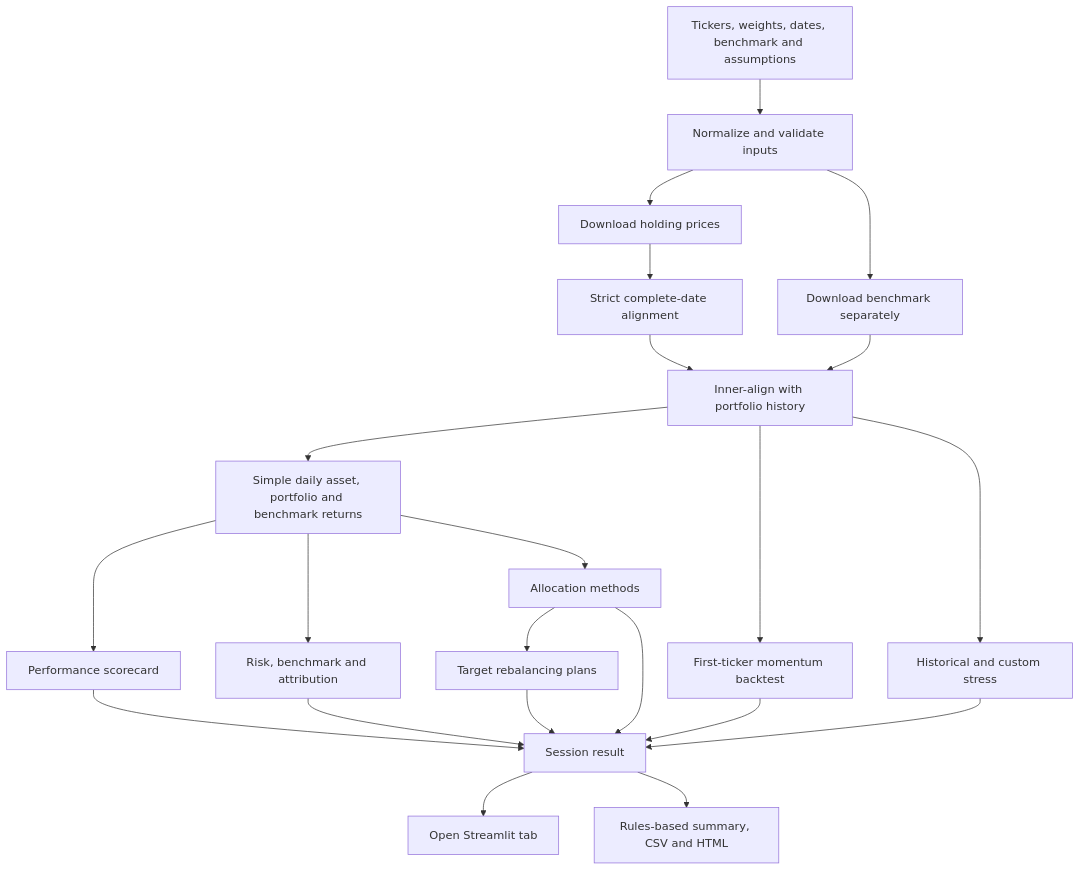
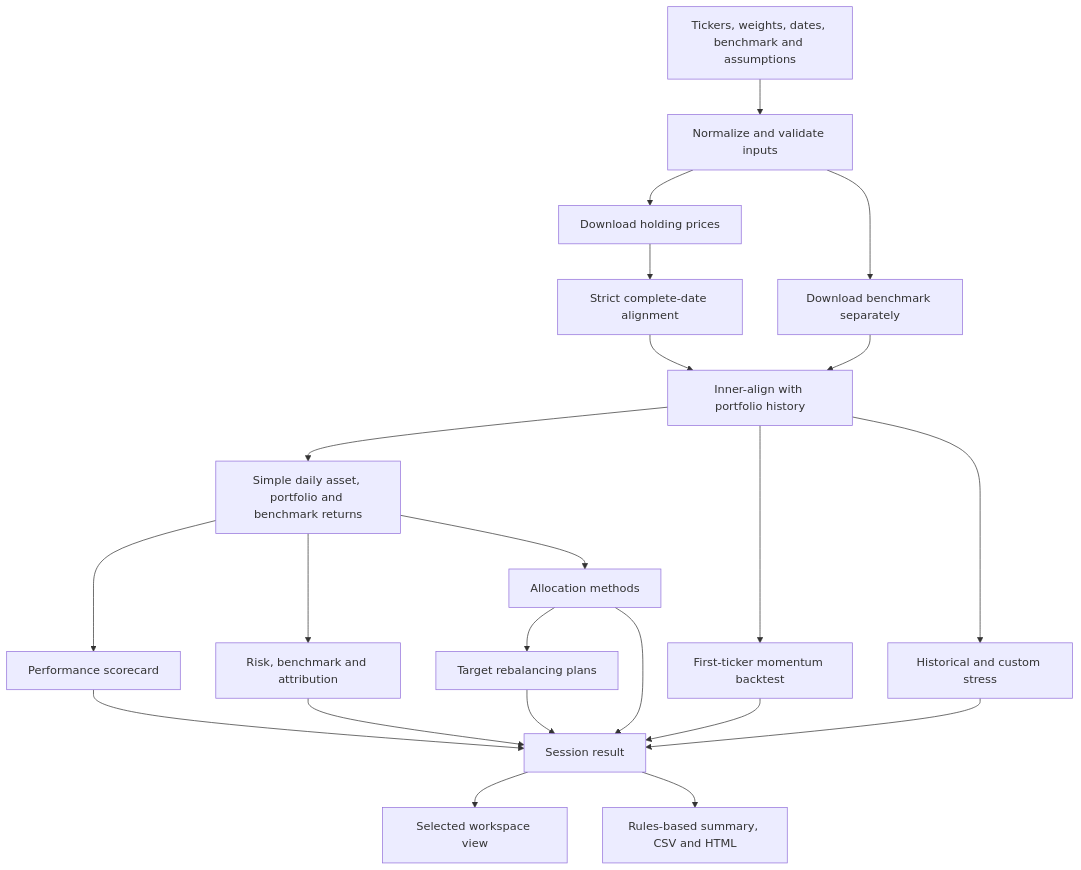
The second of 5 diagrams in docs/ARCHITECTURE.md (Jams411/portfolio-research-dashboard), drawn with Mermaid before and after one commit. The commit also changed other lines of this file and 15 other files, not shown here.

Commit message:
Document UX architecture and visual audit

````diff
--- a/docs/ARCHITECTURE.md
+++ b/docs/ARCHITECTURE.md
@@ -250,24 +265,24 @@
 ```mermaid
 flowchart TD
     Inputs["Tickers, weights, dates, benchmark and assumptions"] --> Parse["Normalize and validate inputs"]
     Parse --> Holdings["Download holding prices"]
     Parse --> Benchmark["Download benchmark separately"]
     Holdings --> Align["Strict complete-date alignment"]
     Benchmark --> Core["Inner-align with portfolio history"]
     Align --> Core
     Core --> Returns["Simple daily asset, portfolio and benchmark returns"]
     Returns --> Performance["Performance scorecard"]
     Returns --> Risk["Risk, benchmark and attribution"]
     Returns --> Construction["Allocation methods"]
     Core --> Strategy["First-ticker momentum backtest"]
     Core --> Stress["Historical and custom stress"]
     Construction --> Rebalance["Target rebalancing plans"]
     Performance --> State["Session result"]
     Risk --> State
     Construction --> State
     Strategy --> State
     Stress --> State
     Rebalance --> State
-    State --> UI["Open Streamlit tab"]
+    State --> UI["Selected workspace view"]
     State --> Report["Rules-based summary, CSV and HTML"]
 ```
````
